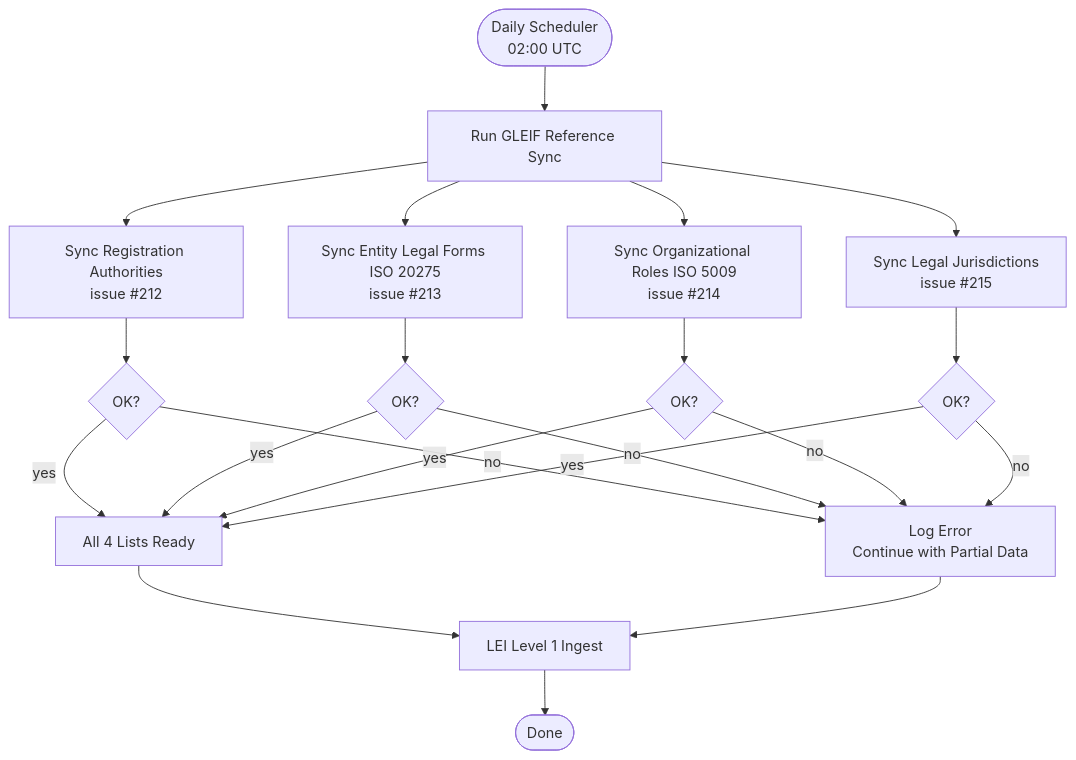
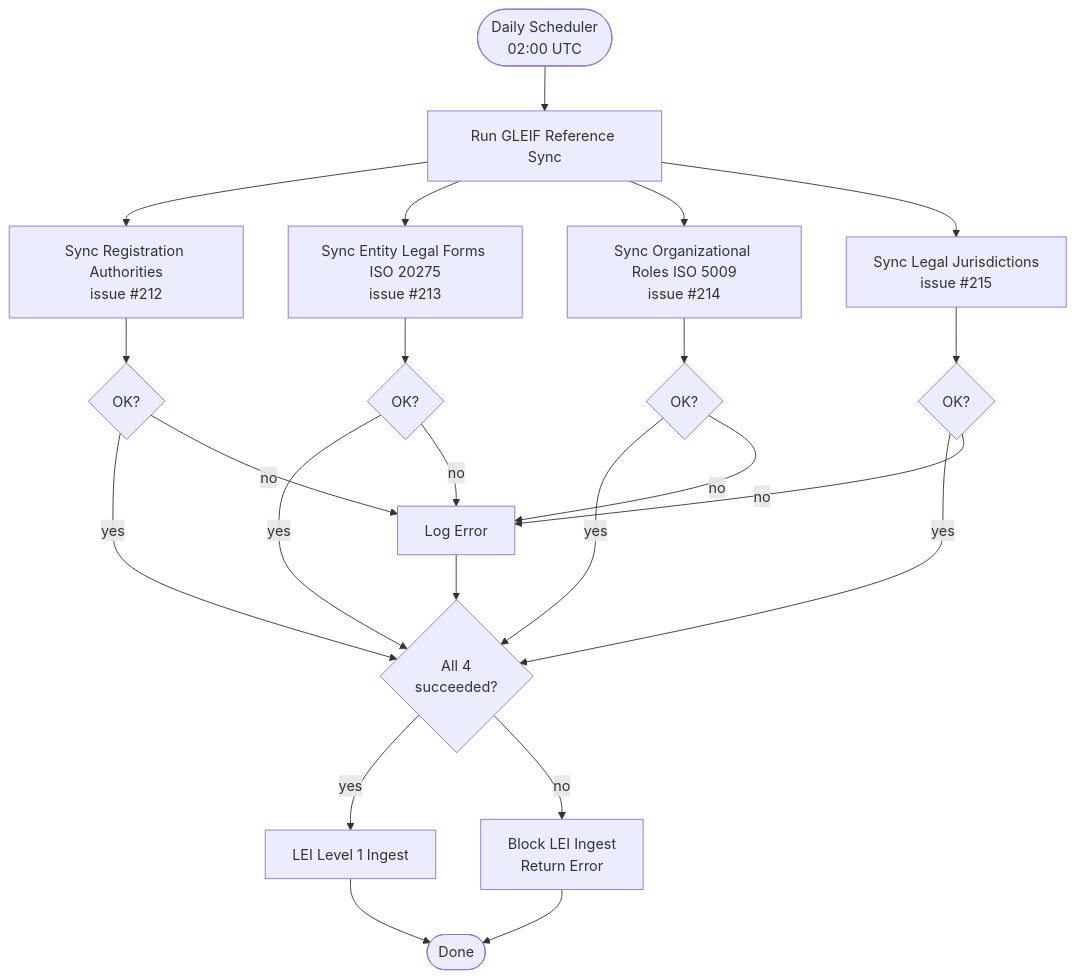
One commit to techie2000/axiom changed the diagram in docs/lei/GLEIF_REFERENCE_CODE_LISTS.md. Above: the diagram before and after it, drawn with Mermaid. The commit also changed other lines of this file and 9 other files, not shown here.

````diff
--- a/docs/lei/GLEIF_REFERENCE_CODE_LISTS.md
+++ b/docs/lei/GLEIF_REFERENCE_CODE_LISTS.md
@@ -18,29 +18,32 @@
 ```mermaid
 flowchart TD
     Scheduler([Daily Scheduler<br/>02:00 UTC]) --> GLEIFSync[Run GLEIF Reference Sync]
 
     GLEIFSync --> RA[Sync Registration Authorities<br/>issue #212]
     GLEIFSync --> ELF[Sync Entity Legal Forms ISO 20275<br/>issue #213]
     GLEIFSync --> Roles[Sync Organizational Roles ISO 5009<br/>issue #214]
     GLEIFSync --> Jur[Sync Legal Jurisdictions<br/>issue #215]
 
     RA --> RADone{OK?}
     ELF --> ELFDone{OK?}
     Roles --> RolesDone{OK?}
     Jur --> JurDone{OK?}
 
-    RADone -->|yes| Continue[All 4 Lists Ready]
-    ELFDone -->|yes| Continue
-    RolesDone -->|yes| Continue
-    JurDone -->|yes| Continue
+    RADone -->|yes| AllReady{All 4<br/>succeeded?}
+    ELFDone -->|yes| AllReady
+    RolesDone -->|yes| AllReady
+    JurDone -->|yes| AllReady
 
-    RADone -->|no| LogErr[Log Error<br/>Continue with Partial Data]
+    RADone -->|no| LogErr[Log Error]
     ELFDone -->|no| LogErr
     RolesDone -->|no| LogErr
     JurDone -->|no| LogErr
 
-    Continue --> LEIIngest[LEI Level 1 Ingest]
-    LogErr --> LEIIngest
+    LogErr --> AllReady
+
+    AllReady -->|yes| LEIIngest[LEI Level 1 Ingest]
+    AllReady -->|no| BlockIngest[Block LEI Ingest<br/>Return Error]
 
     LEIIngest --> Done([Done])
+    BlockIngest --> Done
 ```
````
